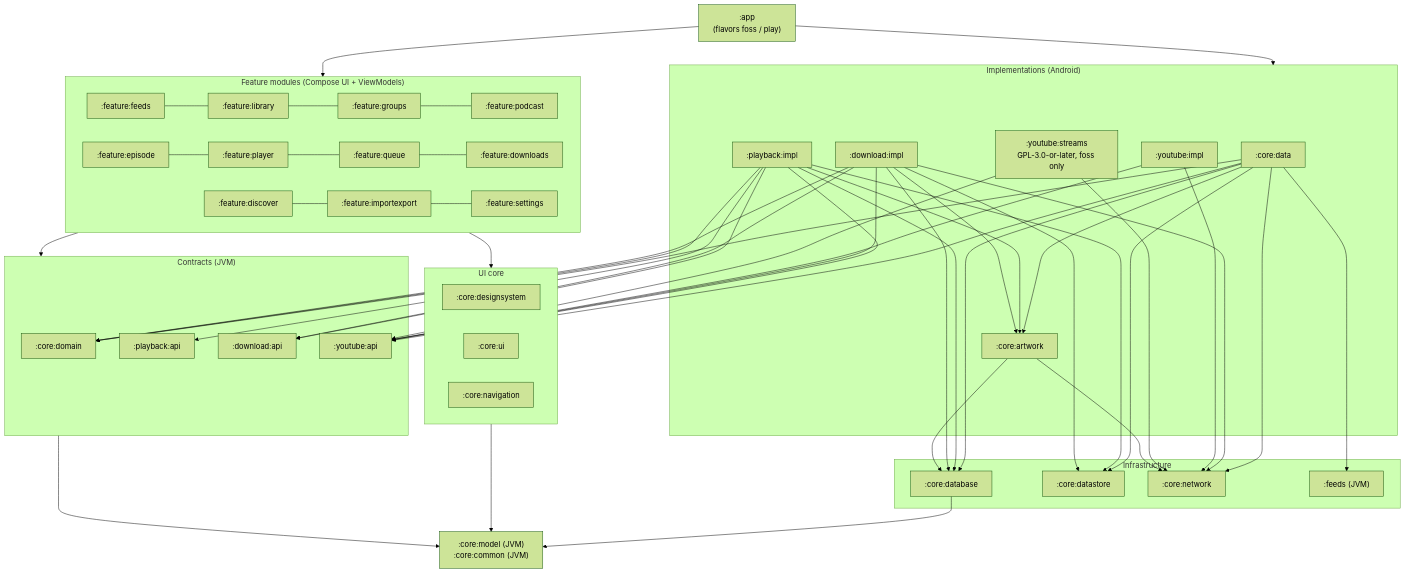
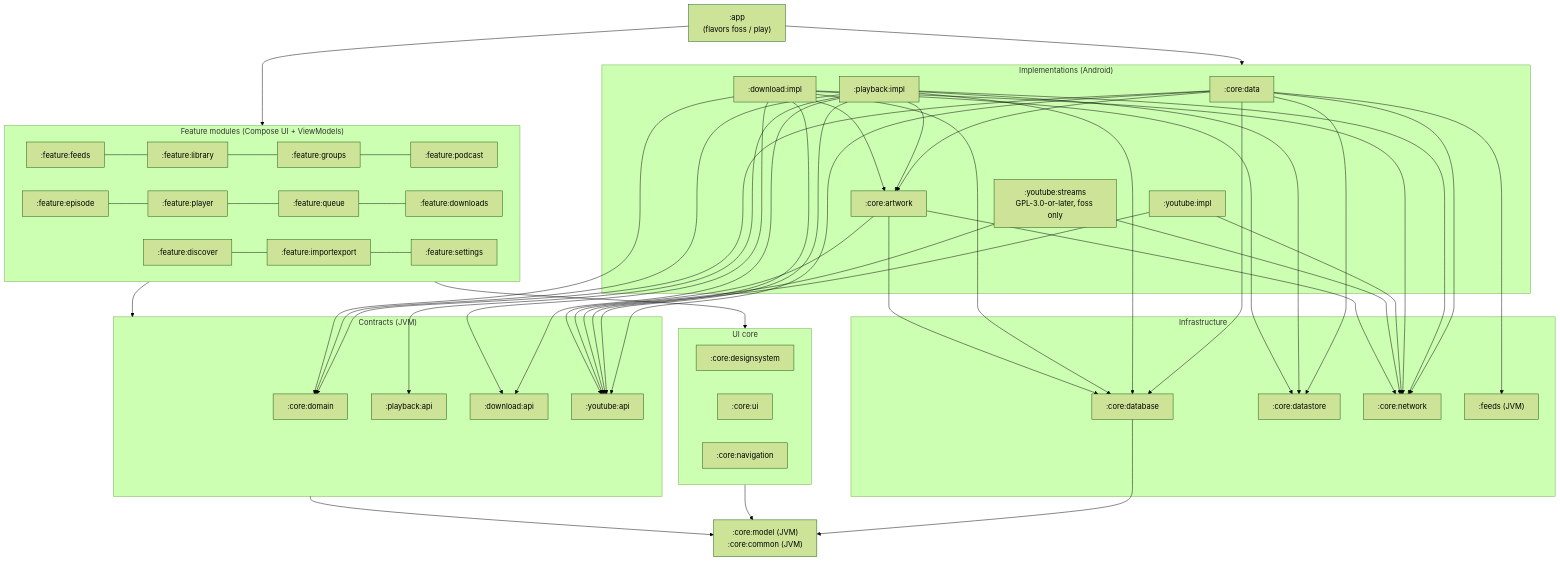
Before and after one commit to BigBoyDevBox/Neutrodyne: the first of 4 diagrams in docs/PLAN.md, drawn with Mermaid (forest theme). The commit also changed other lines of this file, not shown here.

Commit message:
Finalize architect draft of master plan
Claude-Session: https://claude.ai/code/session_01KPL1XiYqLRmHhpFHD4G9Cp

````diff
--- a/docs/PLAN.md
+++ b/docs/PLAN.md
@@ -396,57 +396,57 @@
 ```mermaid
 flowchart TB
   app[":app<br/>(flavors foss / play)"]
 
   subgraph F["Feature modules (Compose UI + ViewModels)"]
     direction LR
     ff[":feature:feeds"] --- fl[":feature:library"] --- fg[":feature:groups"] --- fp[":feature:podcast"]
     fe[":feature:episode"] --- fpl[":feature:player"] --- fq[":feature:queue"] --- fd[":feature:downloads"]
     fdi[":feature:discover"] --- fie[":feature:importexport"] --- fs[":feature:settings"]
   end
 
   subgraph UI["UI core"]
     ds[":core:designsystem"]
     cui[":core:ui"]
     nav[":core:navigation"]
   end
 
   subgraph API["Contracts (JVM)"]
     dom[":core:domain"]
     pa[":playback:api"]
     da[":download:api"]
     ya[":youtube:api"]
   end
 
   subgraph IMPL["Implementations (Android)"]
     data[":core:data"]
     pi[":playback:impl"]
     di[":download:impl"]
     yi[":youtube:impl"]
     ys[":youtube:streams<br/>GPL-3.0-or-later, foss only"]
     art[":core:artwork"]
   end
 
   subgraph INFRA["Infrastructure"]
     db[":core:database"]
     dsx[":core:datastore"]
     net[":core:network"]
     feeds[":feeds (JVM)"]
   end
 
   base[":core:model (JVM)<br/>:core:common (JVM)"]
 
   app --> F
   app --> IMPL
   F --> UI
   F --> API
   UI --> base
   API --> base
   data --> dom
   data --> db & dsx & net & feeds & art & ya
-  pi --> pa & dom & da & ya & art & db & dsx
+  pi --> pa & dom & da & ya & art & db & dsx & net
   di --> da & dom & ya & art & db & dsx & net
   yi --> ya & net
   ys --> ya & net
-  art --> db & net
+  art --> db & net & ya
   db --> base
 ```
````
